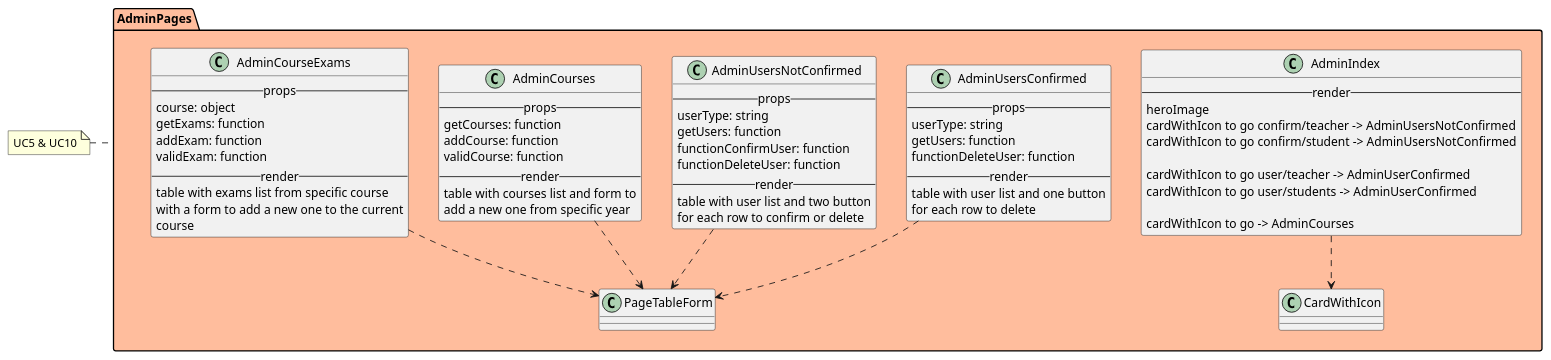
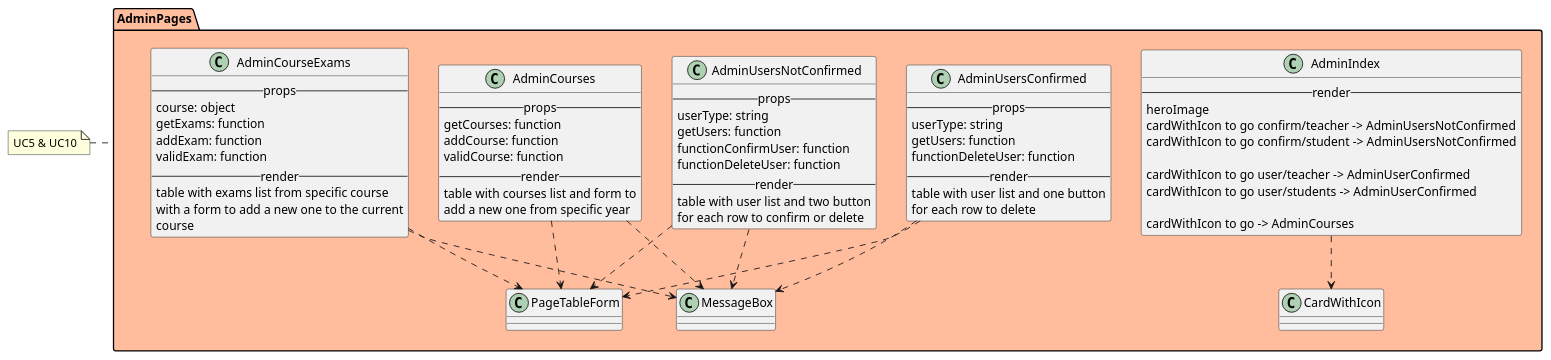
The diagram in react/admin/index.iuml (M9k/Marvin-Uml), drawn with PlantUML before and after one commit. The commit also changed 7 other files, not shown here.

```diff
--- a/react/admin/index.iuml
+++ b/react/admin/index.iuml
@@ -1,65 +1,69 @@
 package AdminPages #FFBD9D {
 
 class AdminIndex{
 --render--
     heroImage
     cardWithIcon to go confirm/teacher -> AdminUsersNotConfirmed
     cardWithIcon to go confirm/student -> AdminUsersNotConfirmed
 
     cardWithIcon to go user/teacher -> AdminUserConfirmed
     cardWithIcon to go user/students -> AdminUserConfirmed
 
     cardWithIcon to go -> AdminCourses
 }
 AdminIndex ..> CardWithIcon
 
 class AdminUsersConfirmed{
     --props--
         userType: string
         getUsers: function
         functionDeleteUser: function
     --render--
         table with user list and one button
         for each row to delete
 }
 AdminUsersConfirmed ..> PageTableForm
+AdminUsersConfirmed ..> MessageBox
 
 class AdminUsersNotConfirmed{
     --props--
         userType: string
         getUsers: function
         functionConfirmUser: function
         functionDeleteUser: function
     --render--
         table with user list and two button
         for each row to confirm or delete
 }
 AdminUsersNotConfirmed ..> PageTableForm
+AdminUsersNotConfirmed ..> MessageBox
 
 class AdminCourses{
     --props--
         getCourses: function
         addCourse: function
         validCourse: function
     --render--
         table with courses list and form to
         add a new one from specific year
 }
 AdminCourses ..> PageTableForm
+AdminCourses ..> MessageBox
 
 class AdminCourseExams{
     --props--
         course: object
         getExams: function
         addExam: function
         validExam: function
     --render--
         table with exams list from specific course
         with a form to add a new one to the current
         course
 }
 AdminCourseExams ..> PageTableForm
+AdminCourseExams ..> MessageBox
 
 }
 
 note left of AdminPages: UC5 & UC10
```
